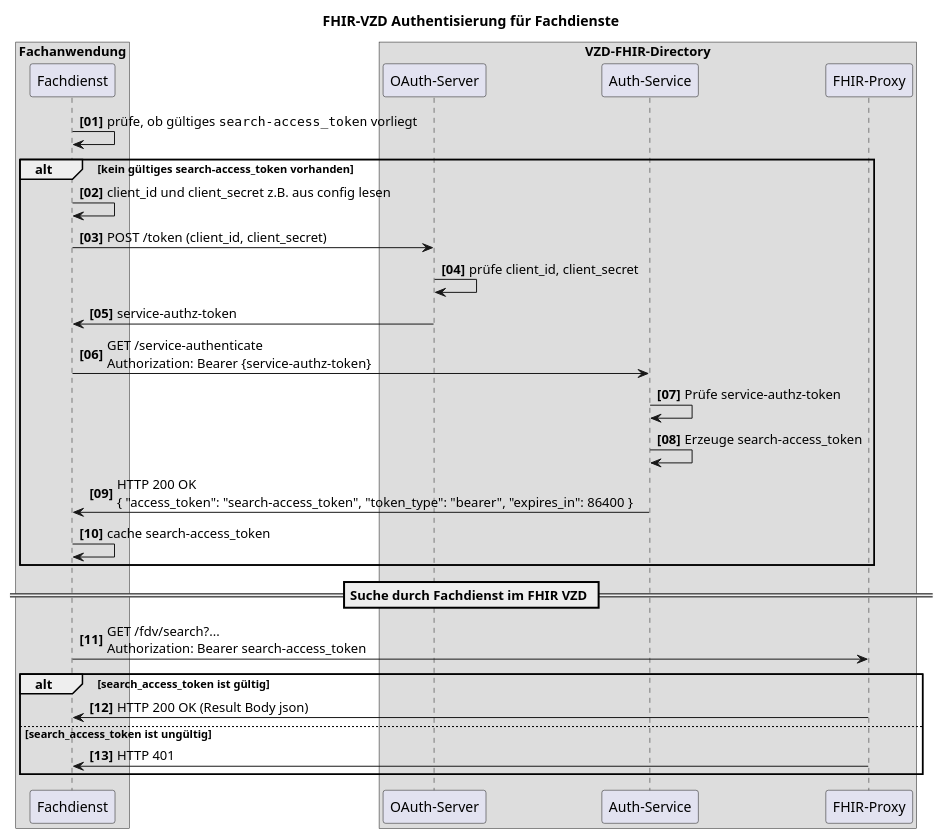
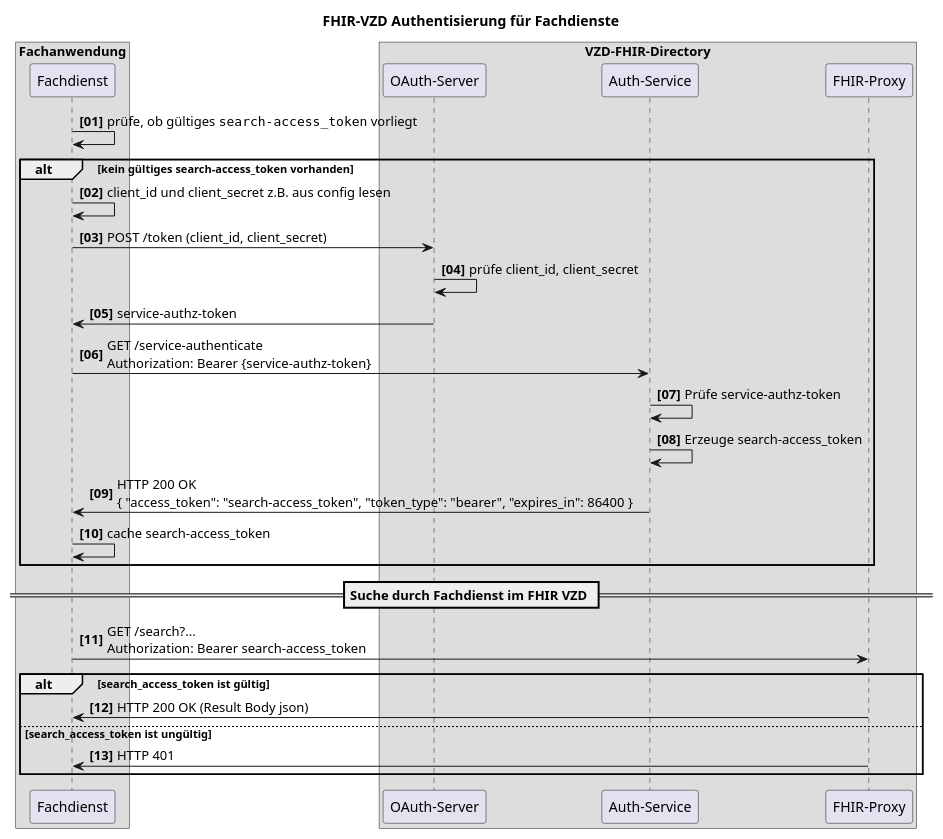
Before and after one commit to gematik/api-vzd: the diagram in src/plantuml/SequenceDiagram.FHIR-Directory.FD_Search.puml, drawn with PlantUML.

```diff
--- a/src/plantuml/SequenceDiagram.FHIR-Directory.FD_Search.puml
+++ b/src/plantuml/SequenceDiagram.FHIR-Directory.FD_Search.puml
@@ -1,40 +1,40 @@
 @startuml
 autonumber "<b>[00]"
 
 box Fachanwendung
 participant "Fachdienst" as Fachdienst
 end box
 
 box VZD-FHIR-Directory
 participant "OAuth-Server" as OAuth
 participant "Auth-Service" as Auth
 participant "FHIR-Proxy" as Proxy
 end box
 
 title FHIR-VZD Authentisierung für Fachdienste
 
 Fachdienst -> Fachdienst: prüfe, ob gültiges ""search-access_token"" vorliegt
 
 alt kein gültiges search-access_token vorhanden
     Fachdienst -> Fachdienst: client_id und client_secret z.B. aus config lesen
     Fachdienst -> OAuth: POST /token (client_id, client_secret)
     OAuth -> OAuth: prüfe client_id, client_secret
     OAuth -> Fachdienst: service-authz-token
     Fachdienst -> Auth: GET /service-authenticate\nAuthorization: Bearer {service-authz-token}
     Auth -> Auth: Prüfe service-authz-token
     Auth -> Auth: Erzeuge search-access_token
     Auth -> Fachdienst: HTTP 200 OK\n{ "access_token": "search-access_token", "token_type": "bearer", "expires_in": 86400 }
     Fachdienst -> Fachdienst: cache search-access_token
 end
 
 == Suche durch Fachdienst im FHIR VZD ==
 
-Fachdienst -> Proxy: GET /fdv/search?... \nAuthorization: Bearer search-access_token
+Fachdienst -> Proxy: GET /search?... \nAuthorization: Bearer search-access_token
 
 alt search_access_token ist gültig
     Proxy -> Fachdienst: HTTP 200 OK (Result Body json)
 else search_access_token ist ungültig
     Proxy -> Fachdienst: HTTP 401
 end
 
 @enduml
```
